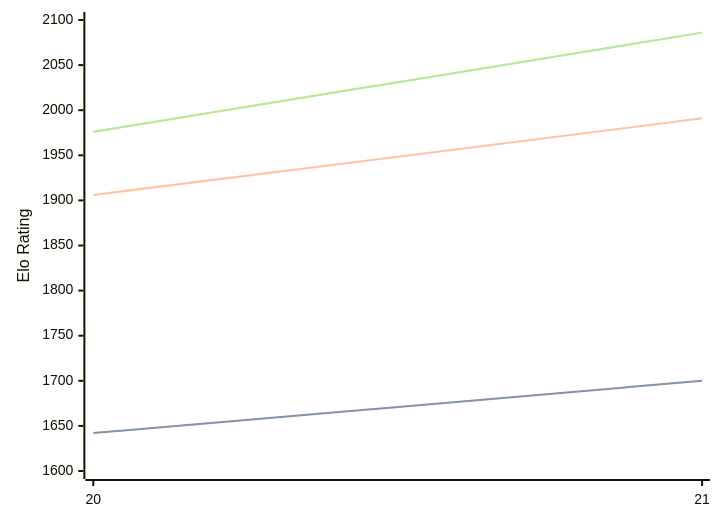
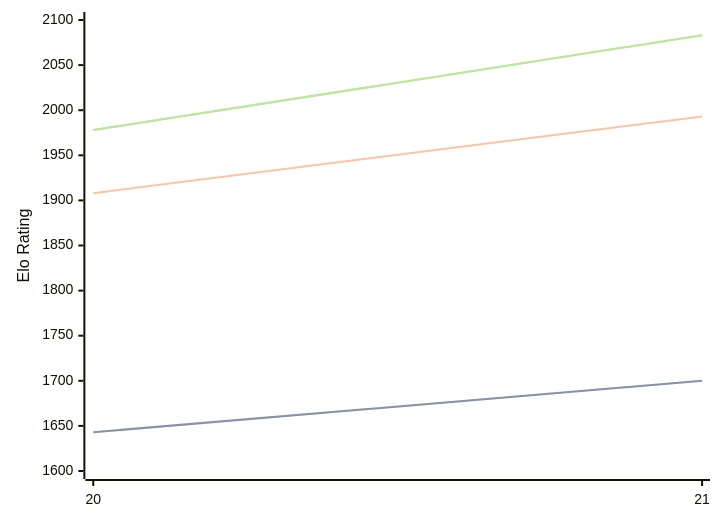
Before and after one commit to computer-chess-index/cci: the diagram in engines/PurplePanda.md, drawn with Mermaid. The commit also changed other lines of this file, not shown here.

Commit message:
Update CCI Ratings (ELO VLTC) - 2026-08-21

````diff
--- a/engines/PurplePanda.md
+++ b/engines/PurplePanda.md
@@ -32,11 +32,11 @@
 ```mermaid
 %%{init: {"theme":"base","themeVariables":{"seriesColors:['#a3a3a3','#222221','#faa371']}}}%%
 xychart-beta
   x-axis ["20", "21"]
   y-axis "Elo Rating" 1600 --> 2100
-  line "STC (8.0+0.08s)" [1642, 1700]
-  line "STC (8.0+0.08s)" [1642, 1700]
-  line "LTC (60.0+0.60s)" [1906, 1991]
-  line "VLTC (2m24s+1.12s)" [1976, 2086]
-  line "VLTC (2m24s+1.12s)" [1976, 2086]
+  line "STC (8.0+0.08s)" [1643, 1700]
+  line "STC (8.0+0.08s)" [1643, 1700]
+  line "LTC (60.0+0.60s)" [1908, 1993]
+  line "VLTC (2m24s+1.12s)" [1978, 2083]
+  line "VLTC (2m24s+1.12s)" [1978, 2083]
 ```
````
